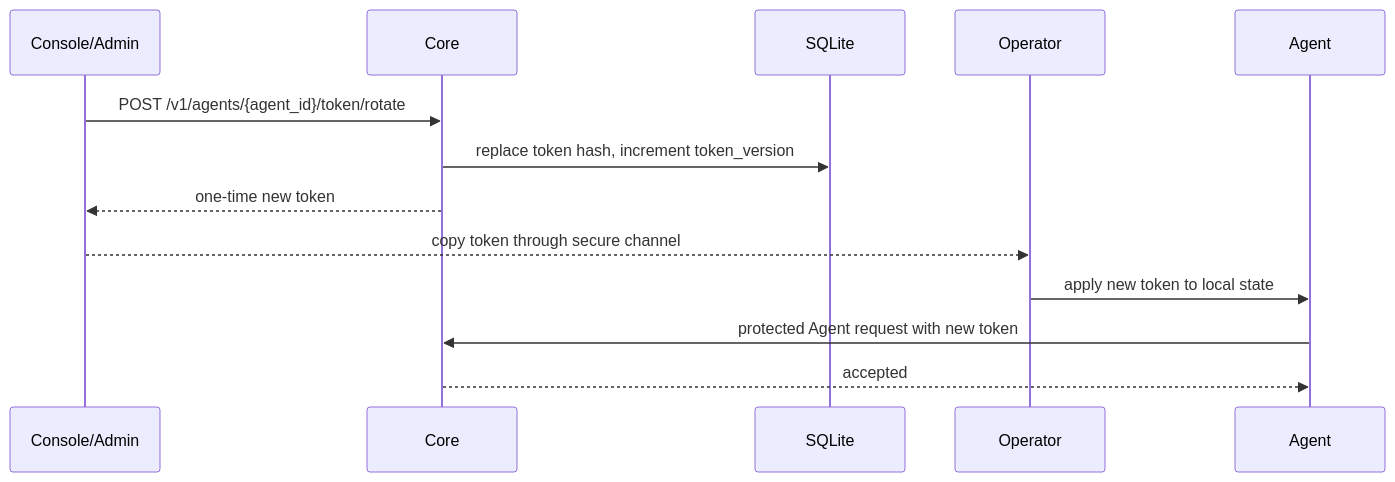
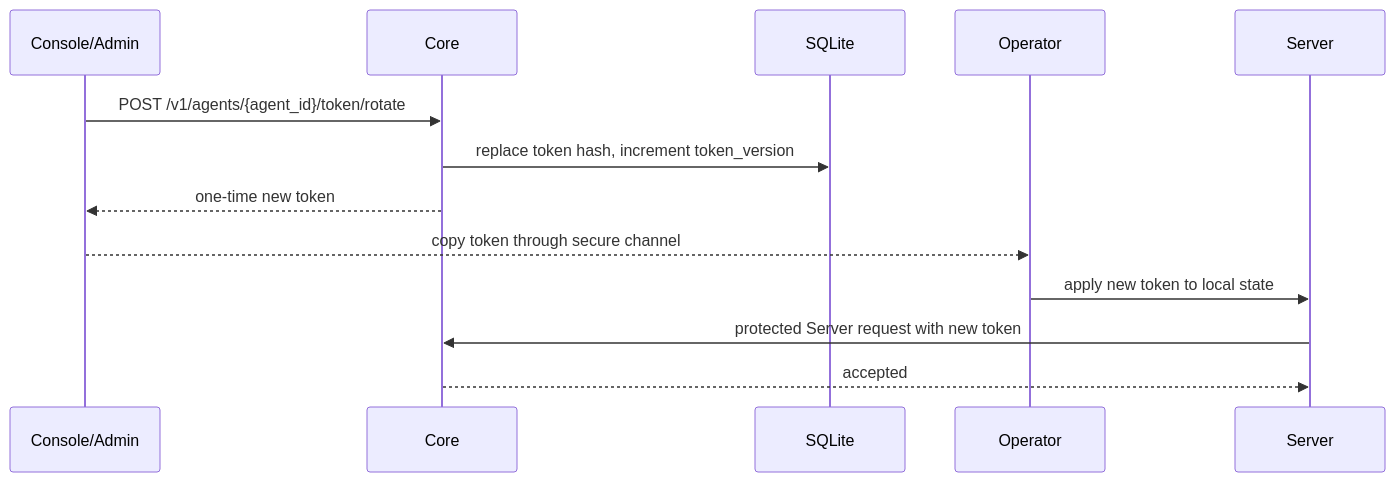
The second of 3 diagrams in docs/architecture/agent-token-lifecycle.md (sunday-studio/orion), drawn with Mermaid before and after one commit. The commit also changed other lines of this file and 72 other files, not shown here.

````diff
--- a/docs/architecture/agent-token-lifecycle.md
+++ b/docs/architecture/agent-token-lifecycle.md
@@ -113,16 +113,16 @@
 ```mermaid
 sequenceDiagram
   participant Admin as Console/Admin
   participant Core
   participant DB as SQLite
   participant Operator
-  participant Agent
+  participant Server
 
   Admin->>Core: POST /v1/agents/{agent_id}/token/rotate
   Core->>DB: replace token hash, increment token_version
   Core-->>Admin: one-time new token
   Admin-->>Operator: copy token through secure channel
-  Operator->>Agent: apply new token to local state
-  Agent->>Core: protected Agent request with new token
-  Core-->>Agent: accepted
+  Operator->>Server: apply new token to local state
+  Server->>Core: protected Server request with new token
+  Core-->>Server: accepted
 ```
````
